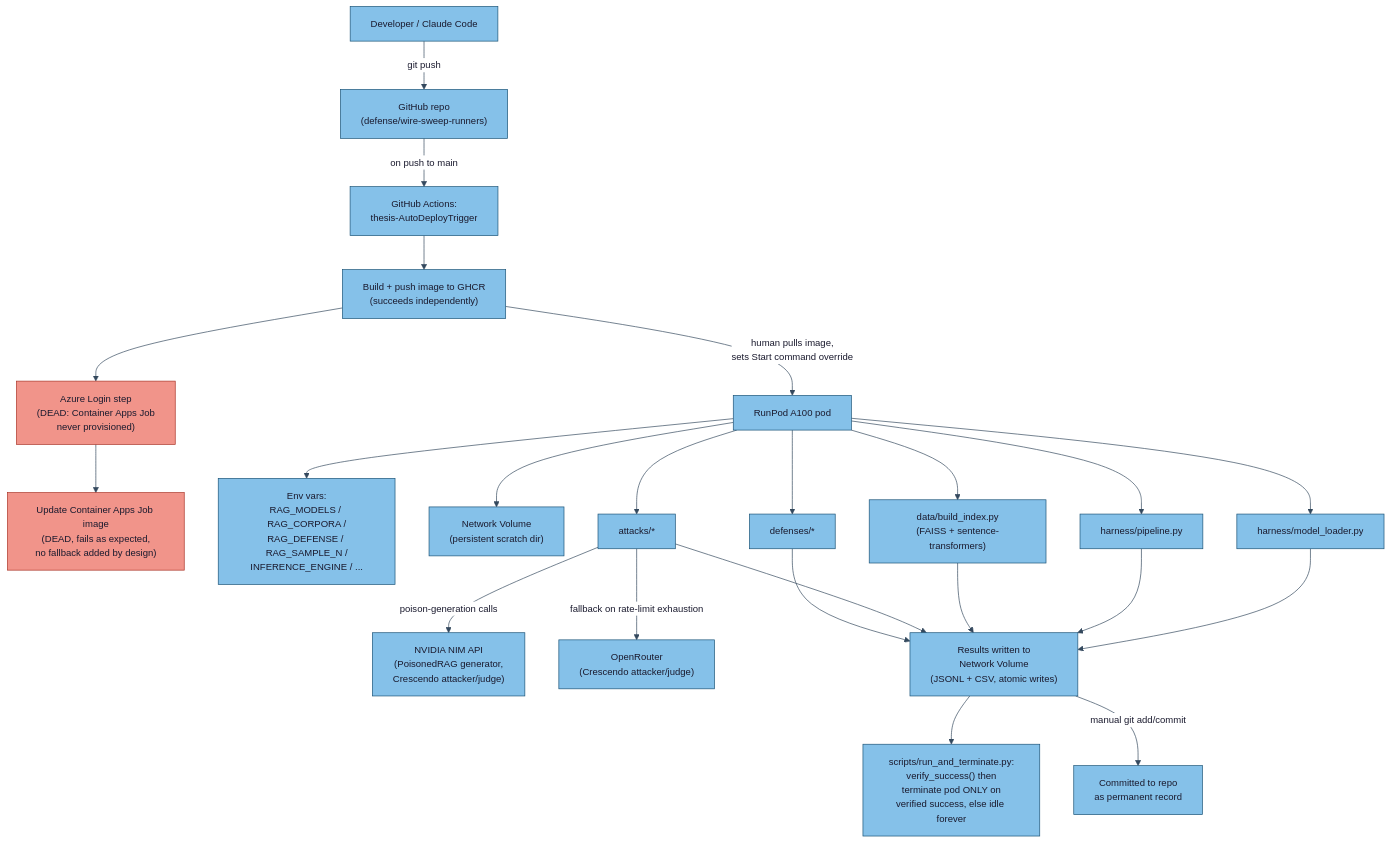
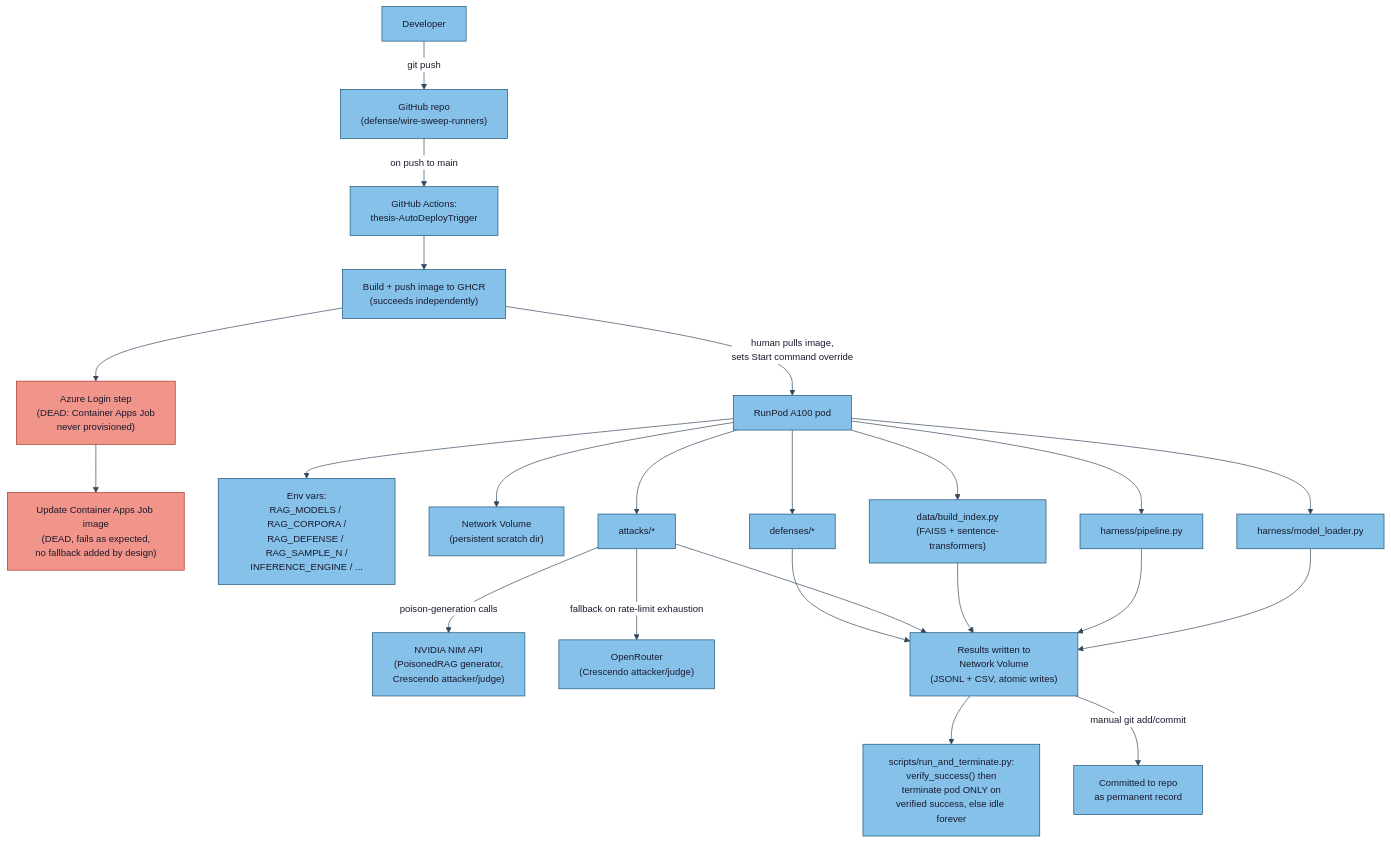
One commit to Simarjit1303/rag-adversarial-robustness changed the second of 14 diagrams in docs/THESIS_ARCHITECTURE.md. Above: the diagram before and after it, drawn with Mermaid. The commit also changed other lines of this file, not shown here.

First line of the commit message:
Restructure THESIS_ARCHITECTURE.md around a master diagram

````diff
--- a/docs/THESIS_ARCHITECTURE.md
+++ b/docs/THESIS_ARCHITECTURE.md
@@ -79,34 +71,34 @@
 ```mermaid
 %%{init: {'theme':'base','themeVariables':{'primaryColor':'#85c1e9','primaryTextColor':'#1a1a2e','primaryBorderColor':'#1a5276','lineColor':'#34495e','secondaryColor':'#85c1e9','secondaryTextColor':'#1a1a2e','secondaryBorderColor':'#1a5276','tertiaryColor':'#85c1e9','tertiaryTextColor':'#1a1a2e','tertiaryBorderColor':'#1a5276','edgeLabelBackground':'#ffffff','clusterBkg':'#d6eaf8','clusterBorder':'#1a5276','titleColor':'#1a1a2e','textColor':'#1a1a2e','fontSize':'14px'}}}%%
 flowchart TD
-    DEV["Developer / Claude Code"] -->|"git push"| REPO["GitHub repo<br/>(defense/wire-sweep-runners)"]
+    DEV["Developer"] -->|"git push"| REPO["GitHub repo<br/>(defense/wire-sweep-runners)"]
     REPO -->|"on push to main"| CI["GitHub Actions:<br/>thesis-AutoDeployTrigger"]
     CI --> BUILD["Build + push image to GHCR<br/>(succeeds independently)"]
     BUILD --> AZLOGIN["Azure Login step<br/>(DEAD: Container Apps Job<br/>never provisioned)"]
     AZLOGIN --> AZUPDATE["Update Container Apps Job image<br/>(DEAD, fails as expected,<br/>no fallback added by design)"]
 
     BUILD -->|"human pulls image,<br/>sets Start command override"| POD["RunPod A100 pod"]
     POD --> ENVVARS["Env vars:<br/>RAG_MODELS / RAG_CORPORA /<br/>RAG_DEFENSE / RAG_SAMPLE_N /<br/>INFERENCE_ENGINE / ..."]
     POD --> VOL["Network Volume<br/>(persistent scratch dir)"]
 
     POD --> ML["harness/model_loader.py"]
     POD --> PIPE["harness/pipeline.py"]
     POD --> IDX["data/build_index.py<br/>(FAISS + sentence-transformers)"]
     POD --> ATK["attacks/*"]
     POD --> DEF["defenses/*"]
 
     ATK -->|"poison-generation calls"| NIM["NVIDIA NIM API<br/>(PoisonedRAG generator,<br/>Crescendo attacker/judge)"]
     ATK -->|"fallback on rate-limit exhaustion"| OR["OpenRouter<br/>(Crescendo attacker/judge)"]
 
     ML --> RESULTS["Results written to<br/>Network Volume<br/>(JSONL + CSV, atomic writes)"]
     PIPE --> RESULTS
     IDX --> RESULTS
     ATK --> RESULTS
     DEF --> RESULTS
 
     RESULTS --> WATCHER["scripts/run_and_terminate.py:<br/>verify_success() then<br/>terminate pod ONLY on<br/>verified success, else idle forever"]
     RESULTS -->|"manual git add/commit"| GITRECORD["Committed to repo<br/>as permanent record"]
 
     classDef dead fill:#f1948a,stroke:#a93226,color:#1a1a2e
     class AZLOGIN,AZUPDATE dead
 ```
````
